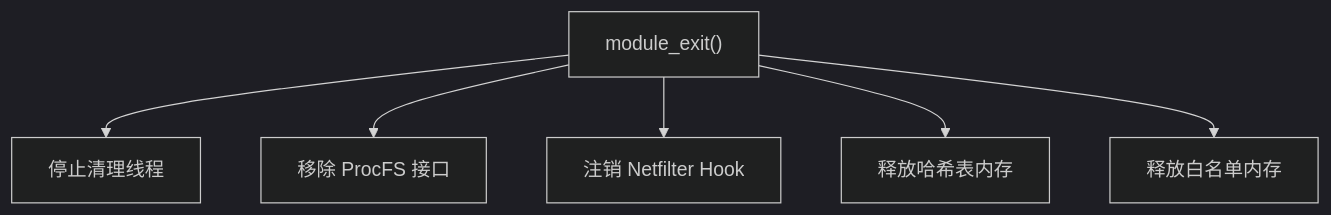
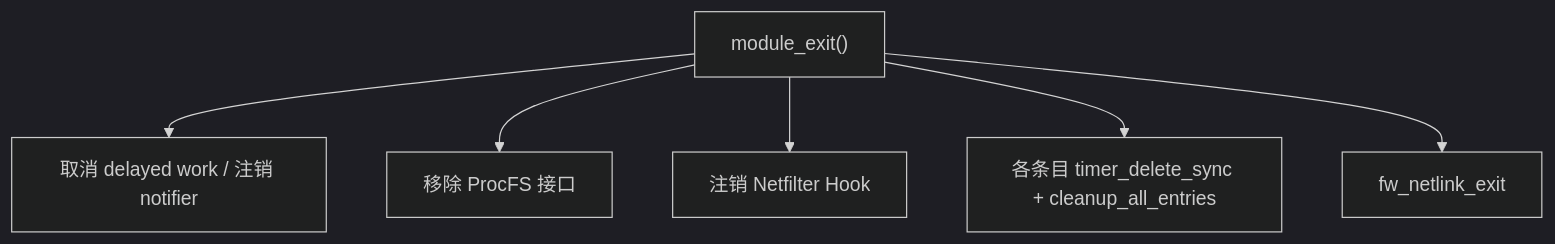
One commit to SnowCore8/linux-firewall-kmod changed the fourth of 4 diagrams in docs/zh/architecture/kernel-module.md. Above: the diagram before and after it, drawn with Mermaid (dark theme). The commit also changed other lines of this file and 9 other files, not shown here.

````diff
--- a/docs/zh/architecture/kernel-module.md
+++ b/docs/zh/architecture/kernel-module.md
@@ -253,8 +268,8 @@
 ```mermaid
 graph TB
-    A["module_exit()"] --> B["停止清理线程"]
+    A["module_exit()"] --> B["取消 delayed work / 注销 notifier"]
     A --> C["移除 ProcFS 接口"]
     A --> D["注销 Netfilter Hook"]
-    A --> E["释放哈希表内存"]
-    A --> F["释放白名单内存"]
+    A --> E["各条目 timer_delete_sync + cleanup_all_entries"]
+    A --> F["fw_netlink_exit"]
 ```
````
